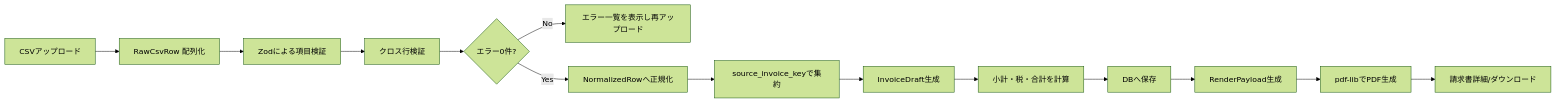
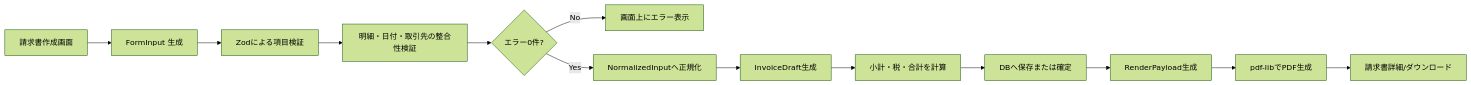
Before and after one commit to hiroto11111/dop-app: the first of 3 diagrams in AGENTS.md, drawn with Mermaid (forest theme). The commit also changed other lines of this file and 3 other files, not shown here.

````diff
--- a/AGENTS.md
+++ b/AGENTS.md
@@ -184,16 +193,15 @@
 ```mermaid
 flowchart LR
-    A[CSVアップロード] --> B[RawCsvRow 配列化]
+    A[請求書作成画面] --> B[FormInput 生成]
     B --> C[Zodによる項目検証]
-    C --> D[クロス行検証]
+    C --> D[明細・日付・取引先の整合性検証]
     D --> E{エラー0件?}
-    E -- No --> F[エラー一覧を表示し再アップロード]
-    E -- Yes --> G[NormalizedRowへ正規化]
-    G --> H[source_invoice_keyで集約]
-    H --> I[InvoiceDraft生成]
-    I --> J[小計・税・合計を計算]
-    J --> K[DBへ保存]
-    K --> L[RenderPayload生成]
-    L --> M[pdf-libでPDF生成]
-    M --> N[請求書詳細/ダウンロード]
+    E -- No --> F[画面上にエラー表示]
+    E -- Yes --> G[NormalizedInputへ正規化]
+    G --> H[InvoiceDraft生成]
+    H --> I[小計・税・合計を計算]
+    I --> J[DBへ保存または確定]
+    J --> K[RenderPayload生成]
+    K --> L[pdf-libでPDF生成]
+    L --> M[請求書詳細/ダウンロード]
 ```
````
